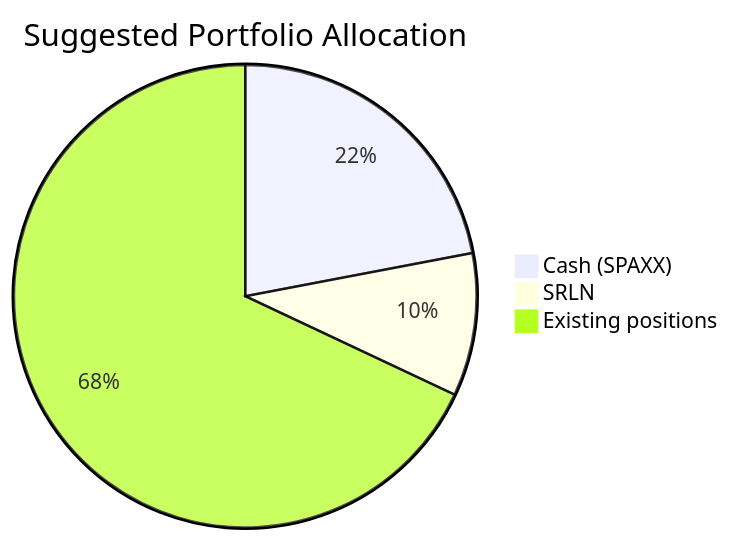
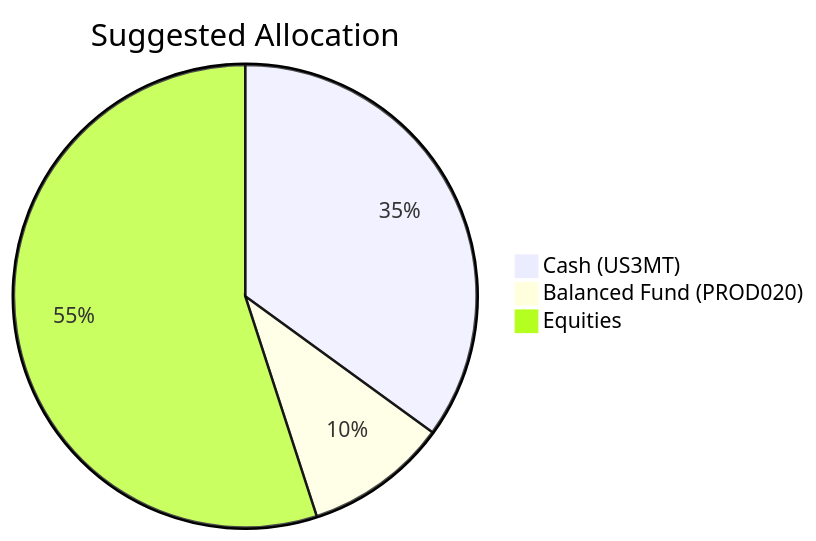
One commit to roger249/Bot-collaboration changed the fourth of 20 diagrams in docs/sample outputs/product_investor_matching-deepseek-v4-flash.md. Above: the diagram before and after it, drawn with Mermaid. The commit also changed other lines of this file and 20 other files, not shown here.

````diff
--- a/docs/sample outputs/product_investor_matching-deepseek-v4-flash.md
+++ b/docs/sample outputs/product_investor_matching-deepseek-v4-flash.md
@@ -88,6 +77,6 @@
 ```mermaid
-pie title Suggested Portfolio Allocation
-    "Cash (SPAXX)" : 22
-    "SRLN" : 10
-    "Existing positions" : 68
+pie title Suggested Allocation
+    "Cash (US3MT)" : 35.0
+    "Balanced Fund (PROD020)" : 10.0
+    "Equities" : 55.0
 ```
````
